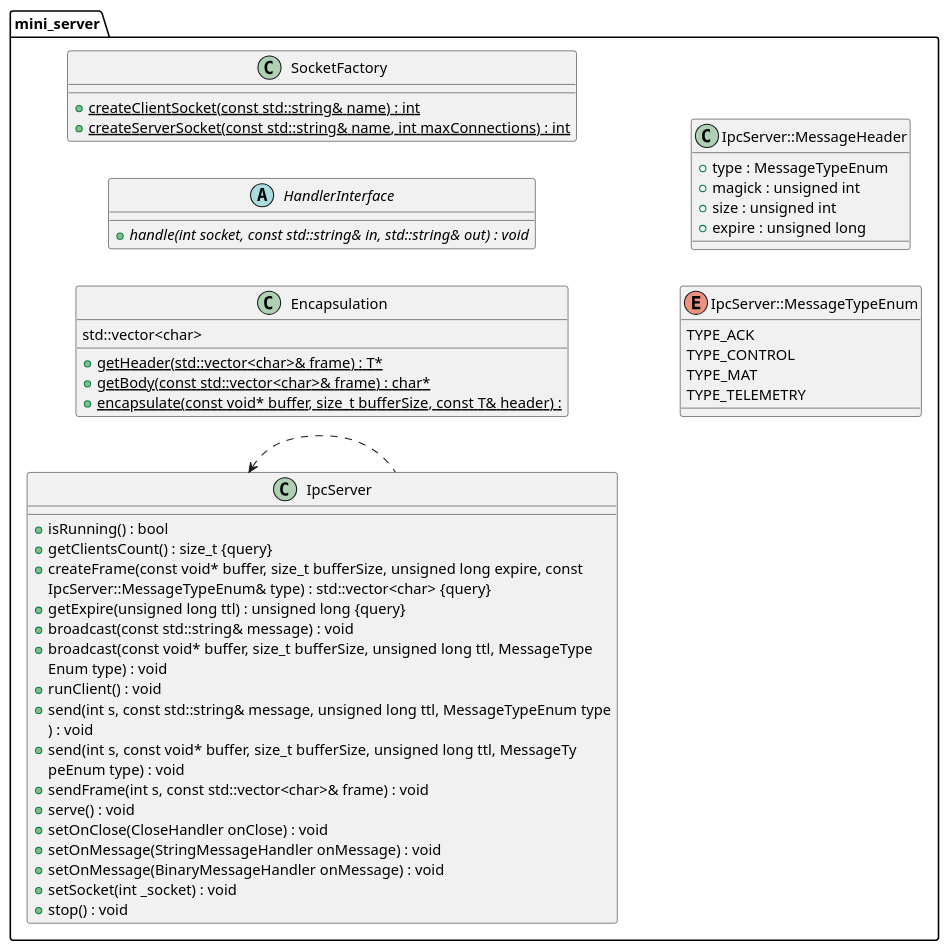
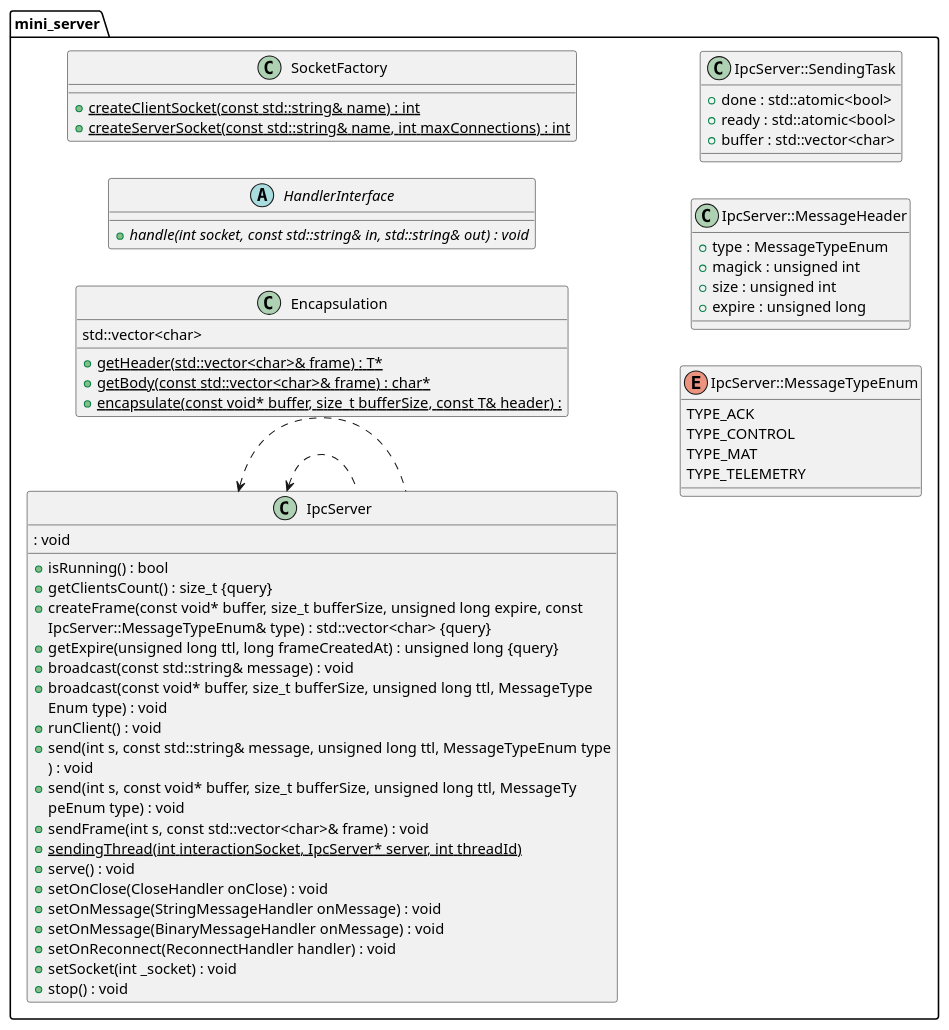
One commit to dimarick/embedded_cv changed the diagram in classes_mini_server.puml. Above: the diagram before and after it, drawn with PlantUML. The commit also changed 6 other files, not shown here.

Commit message:
Перегенировал UML диаграммы классов

```diff
--- a/classes_mini_server.puml
+++ b/classes_mini_server.puml
@@ -1,60 +1,70 @@
 @startuml
 left to right direction
 /' Objects '/
 namespace mini_server {
 	class Encapsulation {
 		+{static} getHeader(std::vector<char>& frame) : T*
 		+{static} getBody(const std::vector<char>& frame) : char*
 		+{static} encapsulate(const void* buffer, size_t bufferSize, const T& header) : 
 std::vector<char>
 	}
 	abstract class HandlerInterface {
 		+{abstract} handle(int socket, const std::string& in, std::string& out) : void
 	}
 	class IpcServer {
 		+isRunning() : bool
 		+getClientsCount() : size_t {query}
 		+createFrame(const void* buffer, size_t bufferSize, unsigned long expire, const 
 IpcServer::MessageTypeEnum& type) : std::vector<char> {query}
-		+getExpire(unsigned long ttl) : unsigned long {query}
+		+getExpire(unsigned long ttl, long frameCreatedAt) : unsigned long {query}
 		+broadcast(const std::string& message) : void
 		+broadcast(const void* buffer, size_t bufferSize, unsigned long ttl, MessageType
 Enum type) : void
 		+runClient() : void
 		+send(int s, const std::string& message, unsigned long ttl, MessageTypeEnum type
 ) : void
 		+send(int s, const void* buffer, size_t bufferSize, unsigned long ttl, MessageTy
 peEnum type) : void
 		+sendFrame(int s, const std::vector<char>& frame) : void
+		+{static} sendingThread(int interactionSocket, IpcServer* server, int threadId) 
+: void
 		+serve() : void
 		+setOnClose(CloseHandler onClose) : void
 		+setOnMessage(StringMessageHandler onMessage) : void
 		+setOnMessage(BinaryMessageHandler onMessage) : void
+		+setOnReconnect(ReconnectHandler handler) : void
 		+setSocket(int _socket) : void
 		+stop() : void
 	}
 	class SocketFactory {
 		+{static} createClientSocket(const std::string& name) : int
 		+{static} createServerSocket(const std::string& name, int maxConnections) : int
 	}
 	enum IpcServer::MessageTypeEnum {
 		TYPE_ACK
 		TYPE_CONTROL
 		TYPE_MAT
 		TYPE_TELEMETRY
 	}
 	class IpcServer::MessageHeader {
 		+type : MessageTypeEnum
 		+magick : unsigned int
 		+size : unsigned int
 		+expire : unsigned long
 	}
+	class IpcServer::SendingTask {
+		+done : std::atomic<bool>
+		+ready : std::atomic<bool>
+		+buffer : std::vector<char>
+	}
 }
 /' Inheritance relationships '/
 /' Aggregation relationships '/
 /' Dependency relationships '/
 mini_server.IpcServer <.. mini_server.IpcServer
+mini_server.IpcServer <.. mini_server.IpcServer
 /' Nested objects '/
 mini_server.IpcServer +-- mini_server.IpcServer.MessageHeader
 mini_server.IpcServer +-- mini_server.IpcServer.MessageTypeEnum
+mini_server.IpcServer +-- mini_server.IpcServer.SendingTask
 @enduml
```
